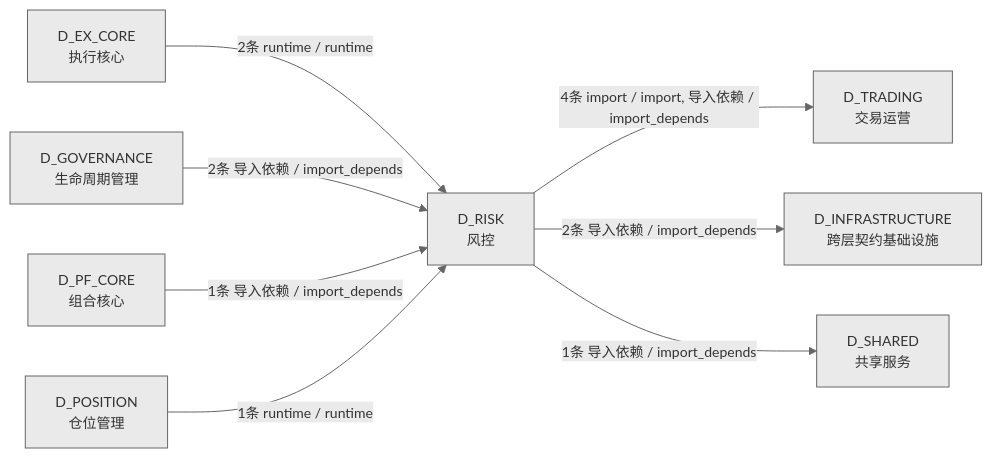
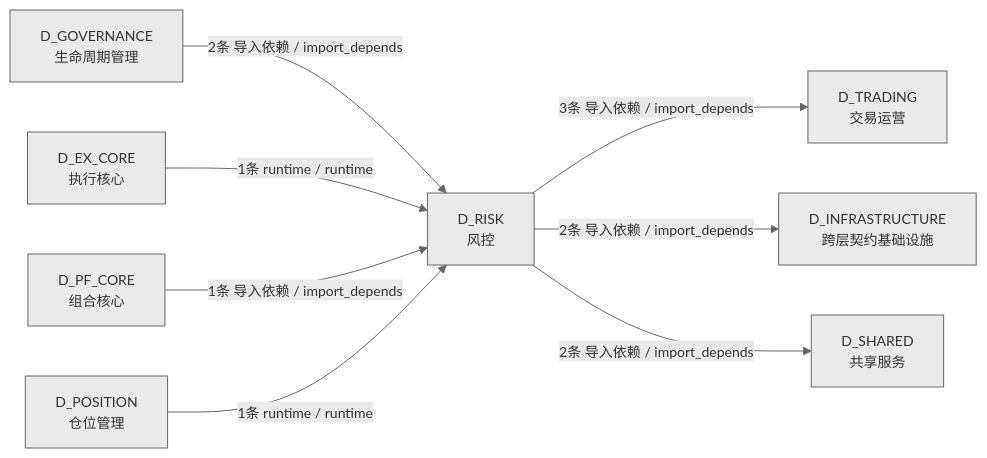
One commit to xuanFelixVan/ZephyrAlpha changed the fourth of 4 diagrams in docs/02_enterprise_architecture/02_domain_architecture_docs/65_d_risk.md. Above: the diagram before and after it, drawn with Mermaid. The commit also changed other lines of this file and 58 other files, not shown here.

````diff
--- a/docs/02_enterprise_architecture/02_domain_architecture_docs/65_d_risk.md
+++ b/docs/02_enterprise_architecture/02_domain_architecture_docs/65_d_risk.md
@@ -231,19 +244,19 @@
 ```mermaid
 %%{init: {'theme': 'base', 'themeVariables': {'primaryColor': '#eaeaea', 'primaryTextColor': '#333333', 'primaryBorderColor': '#666666', 'lineColor': '#666666', 'secondaryColor': '#eaeaea', 'tertiaryColor': '#eaeaea', 'fontSize': '14px'}}}%%
 graph LR
     D_RISK["D_RISK<br/>风控"]
     D_TRADING["D_TRADING<br/>交易运营"]
     D_INFRASTRUCTURE["D_INFRASTRUCTURE<br/>跨层契约基础设施"]
     D_SHARED["D_SHARED<br/>共享服务"]
+    D_GOVERNANCE["D_GOVERNANCE<br/>生命周期管理"]
     D_EX_CORE["D_EX_CORE<br/>执行核心"]
-    D_GOVERNANCE["D_GOVERNANCE<br/>生命周期管理"]
     D_PF_CORE["D_PF_CORE<br/>组合核心"]
     D_POSITION["D_POSITION<br/>仓位管理"]
-    D_RISK -->|4条 import / import, 导入依赖 / import_depends| D_TRADING
+    D_RISK -->|3条 导入依赖 / import_depends| D_TRADING
     D_RISK -->|2条 导入依赖 / import_depends| D_INFRASTRUCTURE
-    D_RISK -->|1条 导入依赖 / import_depends| D_SHARED
-    D_EX_CORE -->|2条 runtime / runtime| D_RISK
+    D_RISK -->|2条 导入依赖 / import_depends| D_SHARED
     D_GOVERNANCE -->|2条 导入依赖 / import_depends| D_RISK
+    D_EX_CORE -->|1条 runtime / runtime| D_RISK
     D_PF_CORE -->|1条 导入依赖 / import_depends| D_RISK
     D_POSITION -->|1条 runtime / runtime| D_RISK
 ```
````
